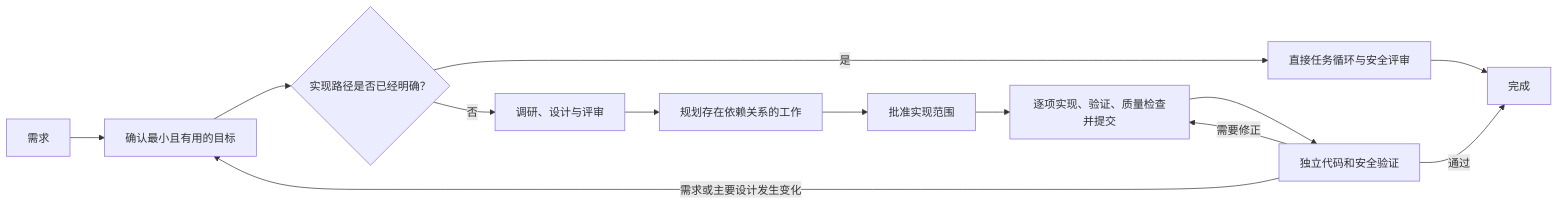
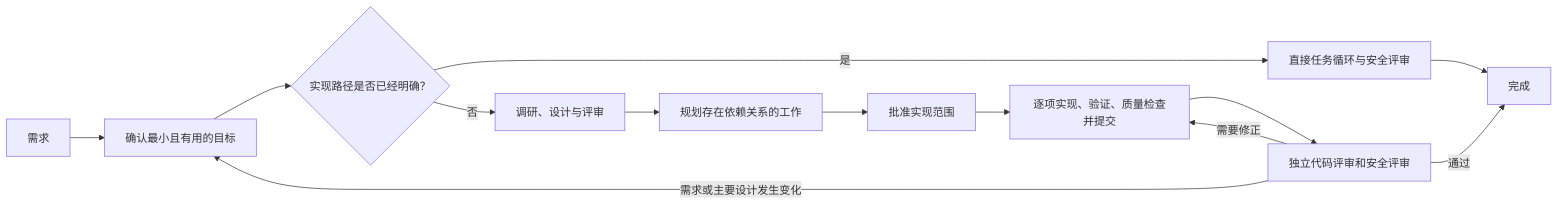
One commit to shinpr/codex-workflows changed the diagram in README.zh-CN.md. Above: the diagram before and after it, drawn with Mermaid. The commit also changed other lines of this file and 5 other files, not shown here.

````diff
--- a/README.zh-CN.md
+++ b/README.zh-CN.md
@@ -81,15 +82,15 @@
 ```mermaid
 flowchart LR
     A[需求] --> B[确认最小且有用的目标]
     B --> C{实现路径是否已经明确？}
     C -->|是| S[直接任务循环与安全评审]
     S --> L[完成]
     C -->|否| D[调研、设计与评审]
     D --> E[规划存在依赖关系的工作]
     E --> F[批准实现范围]
     F --> H[逐项实现、验证、质量检查并提交]
-    H --> K[独立代码和安全验证]
+    H --> K[独立代码评审和安全评审]
     K -->|需要修正| H
     K -->|需求或主要设计发生变化| B
     K -->|通过| L[完成]
 ```
````
